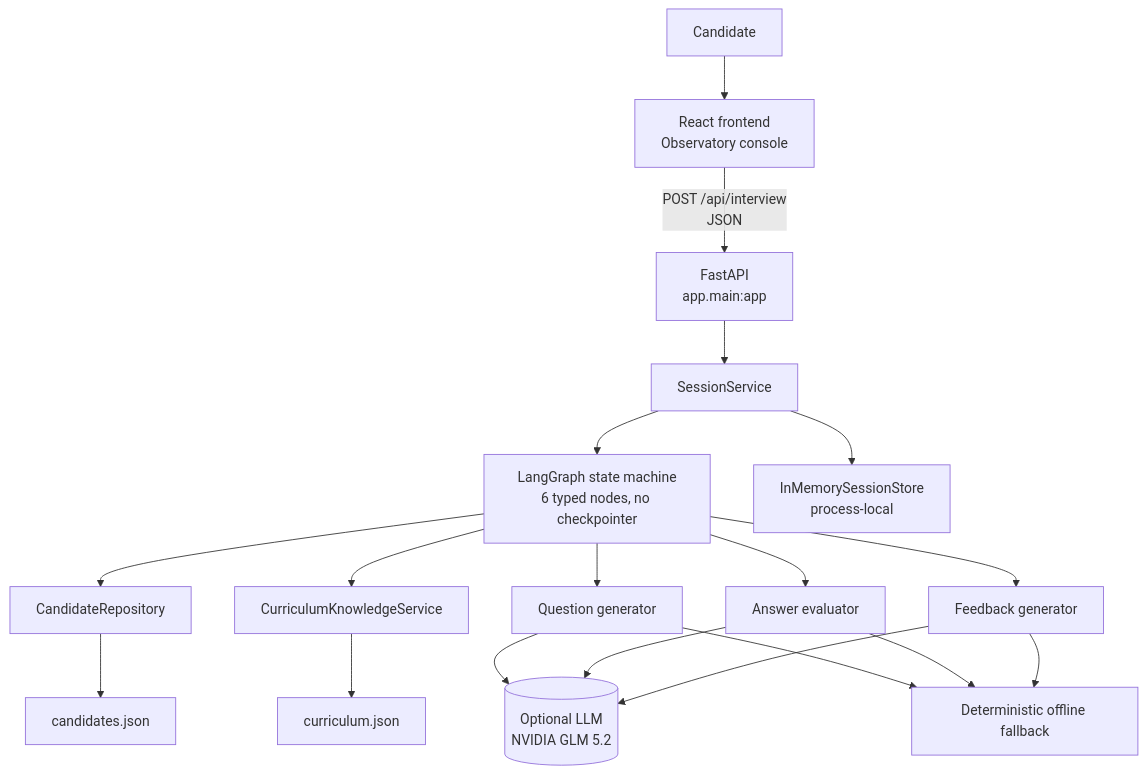
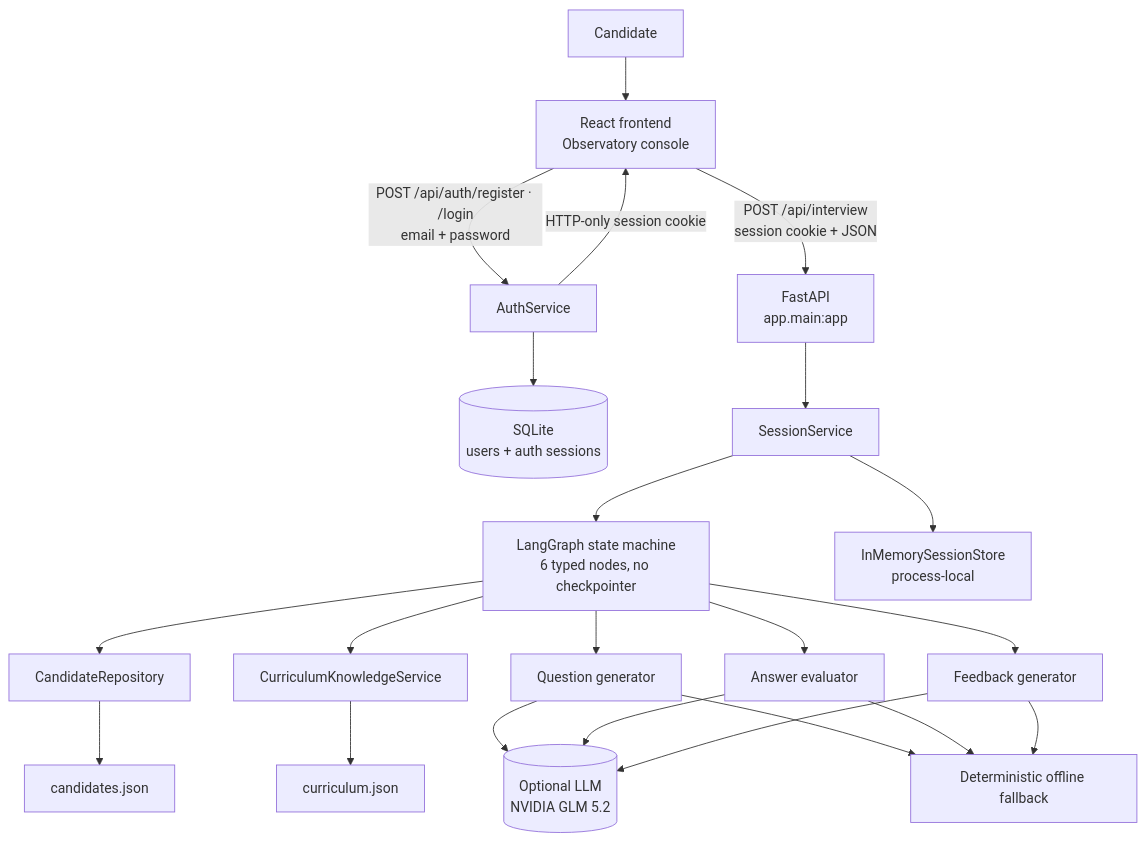
Before and after one commit to kartik00052/ProbeIQ: the fourth of 6 diagrams in README.md, drawn with Mermaid. The commit also changed other lines of this file and 9 other files, not shown here.

````diff
--- a/README.md
+++ b/README.md
@@ -261,19 +263,22 @@
 ```mermaid
 flowchart TD
     User[Candidate] --> FE[React frontend<br/>Observatory console]
-    FE -- POST /api/interview<br/>JSON --> API[FastAPI<br/>app.main:app]
+    FE -- POST /api/auth/register · /login<br/>email + password --> AUTH[AuthService]
+    AUTH --> AUTHDB[(SQLite<br/>users + auth sessions)]
+    AUTH -- HTTP-only session cookie --> FE
+    FE -- POST /api/interview<br/>session cookie + JSON --> API[FastAPI<br/>app.main:app]
     API --> SS[SessionService]
     SS --> G[LangGraph state machine<br/>6 typed nodes, no checkpointer]
     G --> CR[CandidateRepository] --> CD[candidates.json]
     G --> KS[CurriculumKnowledgeService] --> CQ[curriculum.json]
     G --> QG[Question generator]
     G --> EV[Answer evaluator]
     G --> FG[Feedback generator]
     QG --> LLM[(Optional LLM<br/>NVIDIA GLM 5.2)]
     EV --> LLM
     FG --> LLM
     QG --> DET[Deterministic offline fallback]
     EV --> DET
     FG --> DET
     SS --> ST[InMemorySessionStore<br/>process-local]
 ```
````
